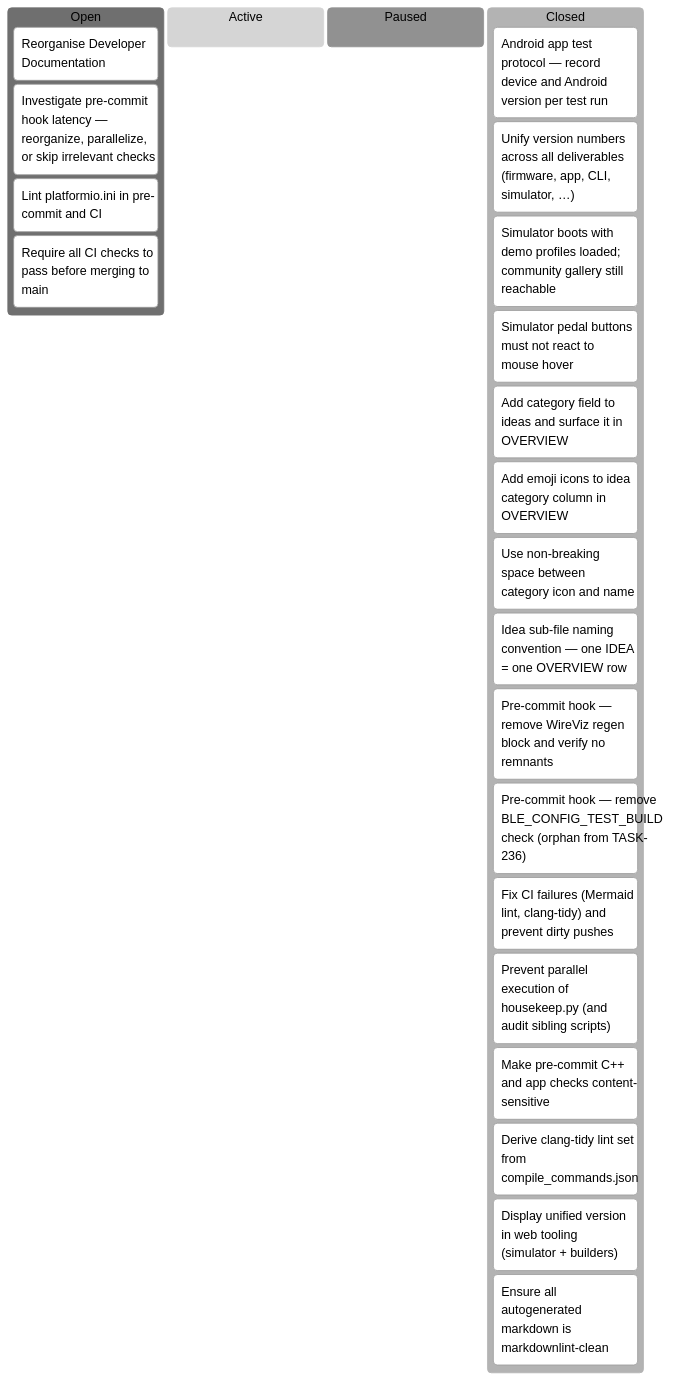
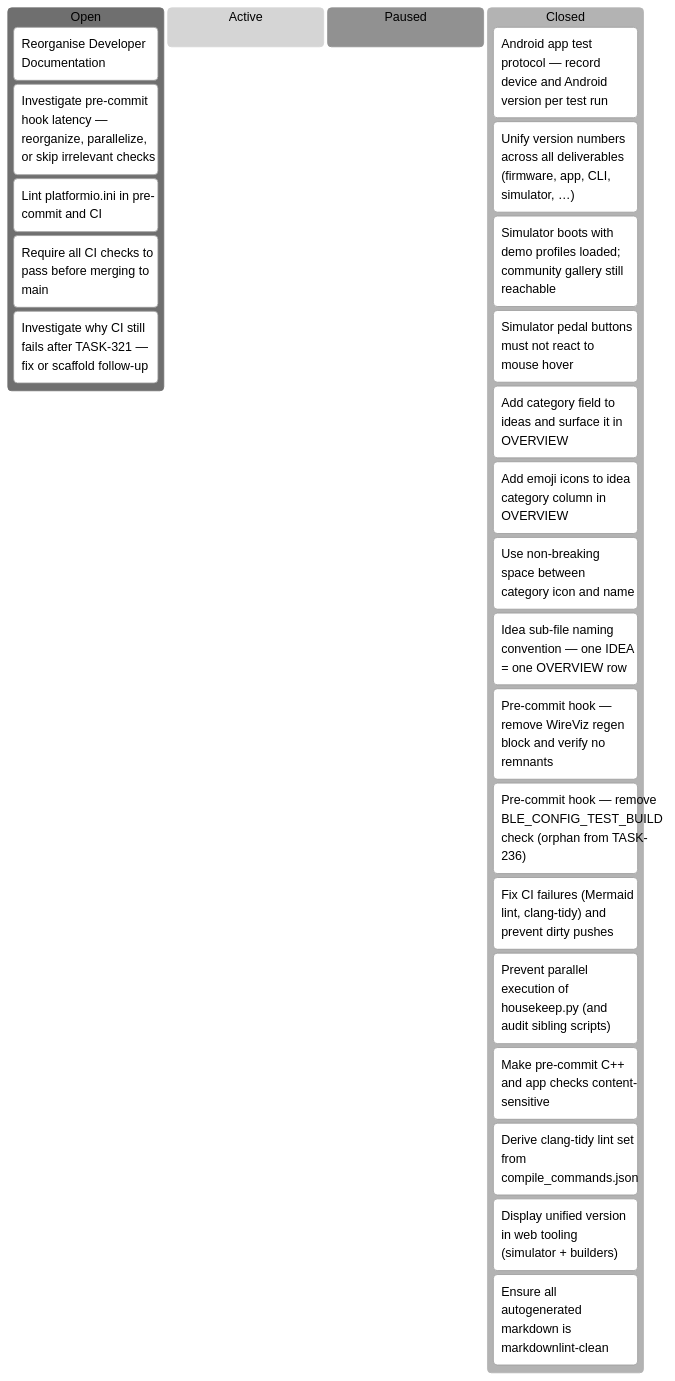
Before and after one commit to tgd1975/AwesomeStudioPedal: the seventh of 7 diagrams in docs/developers/tasks/KANBAN.md, drawn with Mermaid (neutral theme). The commit also changed other lines of this file and 3 other files, not shown here.

Commit message:
docs(task-363): scaffold task to triage why CI still fails after TASK-321

````diff
--- a/docs/developers/tasks/KANBAN.md
+++ b/docs/developers/tasks/KANBAN.md
@@ -104,27 +104,28 @@
 ```mermaid
 kanban
   Open
     TASK_148["Reorganise Developer Documentation"]
     TASK_352["Investigate pre-commit hook latency — reorganize, parallelize, or skip irrelevant checks"]
     TASK_361["Lint platformio.ini in pre-commit and CI"]
     TASK_362["Require all CI checks to pass before merging to main"]
+    TASK_363["Investigate why CI still fails after TASK-321 — fix or scaffold follow-up"]
   Active
   Paused
   Closed
     TASK_259["Android app test protocol — record device and Android version per test run"]
     TASK_260["Unify version numbers across all deliverables (firmware, app, CLI, simulator, …)"]
     TASK_303["Simulator boots with demo profiles loaded; community gallery still reachable"]
     TASK_304["Simulator pedal buttons must not react to mouse hover"]
     TASK_305["Add category field to ideas and surface it in OVERVIEW"]
     TASK_313["Add emoji icons to idea category column in OVERVIEW"]
     TASK_314["Use non-breaking space between category icon and name"]
     TASK_315["Idea sub-file naming convention — one IDEA = one OVERVIEW row"]
     TASK_319["Pre-commit hook — remove WireViz regen block and verify no remnants"]
     TASK_320["Pre-commit hook — remove BLE_CONFIG_TEST_BUILD check (orphan from TASK-236)"]
     TASK_321["Fix CI failures (Mermaid lint, clang-tidy) and prevent dirty pushes"]
     TASK_328["Prevent parallel execution of housekeep.py (and audit sibling scripts)"]
     TASK_346["Make pre-commit C++ and app checks content-sensitive"]
     TASK_348["Derive clang-tidy lint set from compile_commands.json"]
     TASK_350["Display unified version in web tooling (simulator + builders)"]
     TASK_351["Ensure all autogenerated markdown is markdownlint-clean"]
 ```
````
